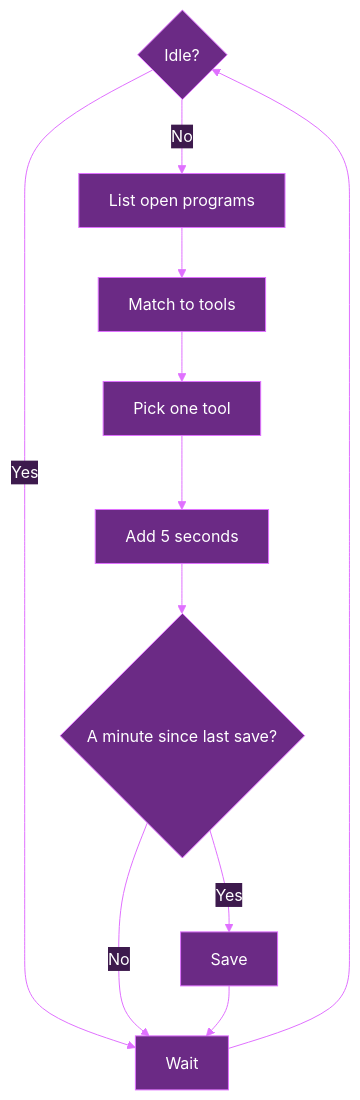
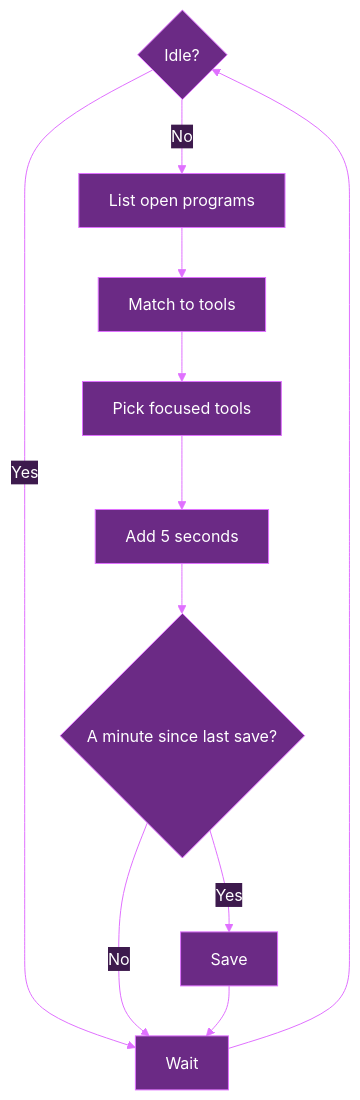
One commit to ado11231/touchgrass changed the fourth of 8 diagrams in docs/ARCHITECTURE.md. Above: the diagram before and after it, drawn with Mermaid. The commit also changed other lines of this file and 5 other files, not shown here.

````diff
--- a/docs/ARCHITECTURE.md
+++ b/docs/ARCHITECTURE.md
@@ -95,14 +96,14 @@
 ```mermaid
 %%{init: {"theme": "base", "themeVariables": {"primaryColor": "#6b2a85", "primaryTextColor": "#ffffff", "primaryBorderColor": "#e070ff", "nodeBorder": "#e070ff", "lineColor": "#e070ff", "textColor": "#ffffff", "edgeLabelBackground": "#3d1a4d"}}}%%
 flowchart TD
     A{"Idle?"} -->|Yes| G["Wait"]
     A -->|No| B["List open programs"]
     B --> C["Match to tools"]
-    C --> D["Pick one tool"]
+    C --> D["Pick focused tools"]
     D --> E["Add 5 seconds"]
     E --> H{"A minute since last save?"}
     H -->|Yes| F["Save"]
     H -->|No| G
     F --> G
     G --> A
 ```
````
